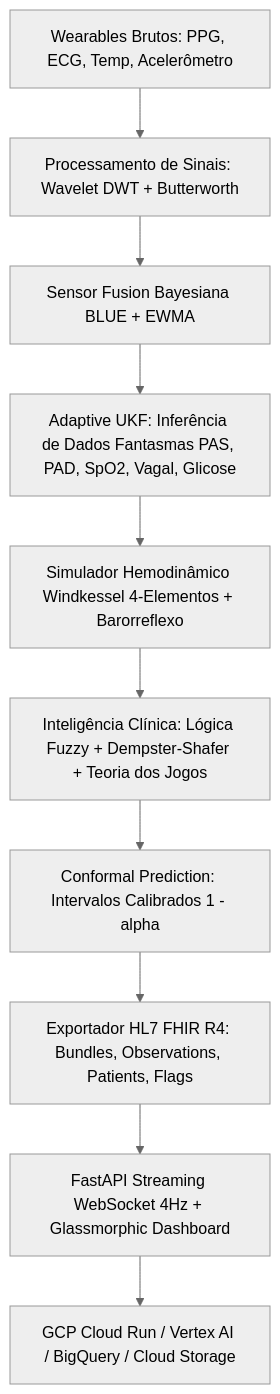
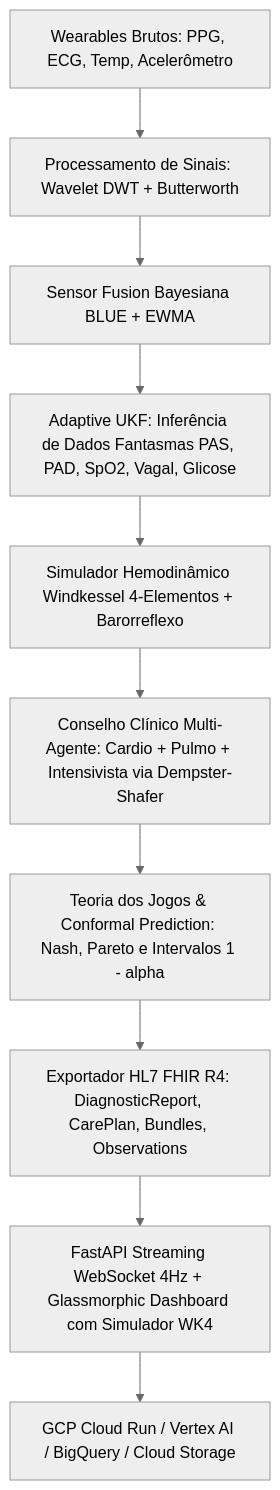
The diagram in README.md (leanderdulac/healthtech), drawn with Mermaid (neutral theme) before and after one commit. The commit also changed other lines of this file and 11 other files, not shown here.

Commit message:
feat(v3.1.0): multi-agent consensus committee, interactive biomedical physics dashboard, and advanced REST endpoints

````diff
--- a/README.md
+++ b/README.md
@@ -22,12 +22,12 @@
 ```mermaid
 graph TD
     A[Wearables Brutos: PPG, ECG, Temp, Acelerômetro] --> B[Processamento de Sinais: Wavelet DWT + Butterworth]
     B --> C[Sensor Fusion Bayesiana BLUE + EWMA]
     C --> D[Adaptive UKF: Inferência de Dados Fantasmas PAS, PAD, SpO2, Vagal, Glicose]
     D --> E[Simulador Hemodinâmico Windkessel 4-Elementos + Barorreflexo]
-    E --> F[Inteligência Clínica: Lógica Fuzzy + Dempster-Shafer + Teoria dos Jogos]
-    F --> G[Conformal Prediction: Intervalos Calibrados 1 - alpha]
-    G --> H[Exportador HL7 FHIR R4: Bundles, Observations, Patients, Flags]
-    H --> I[FastAPI Streaming WebSocket 4Hz + Glassmorphic Dashboard]
+    E --> F[Conselho Clínico Multi-Agente: Cardio + Pulmo + Intensivista via Dempster-Shafer]
+    F --> G[Teoria dos Jogos & Conformal Prediction: Nash, Pareto e Intervalos 1 - alpha]
+    G --> H[Exportador HL7 FHIR R4: DiagnosticReport, CarePlan, Bundles, Observations]
+    H --> I[FastAPI Streaming WebSocket 4Hz + Glassmorphic Dashboard com Simulador WK4]
     I --> J[GCP Cloud Run / Vertex AI / BigQuery / Cloud Storage]
 ```
````
